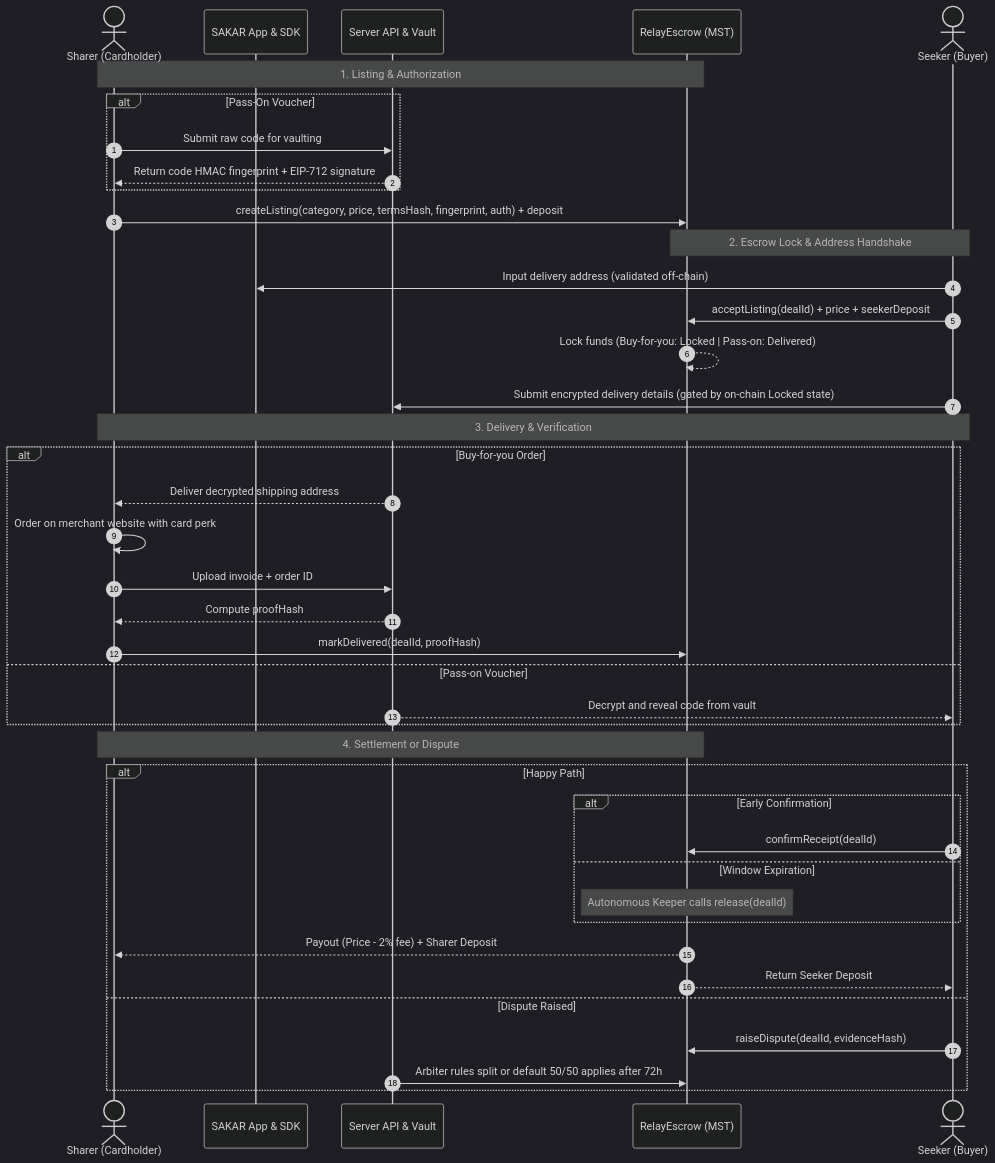
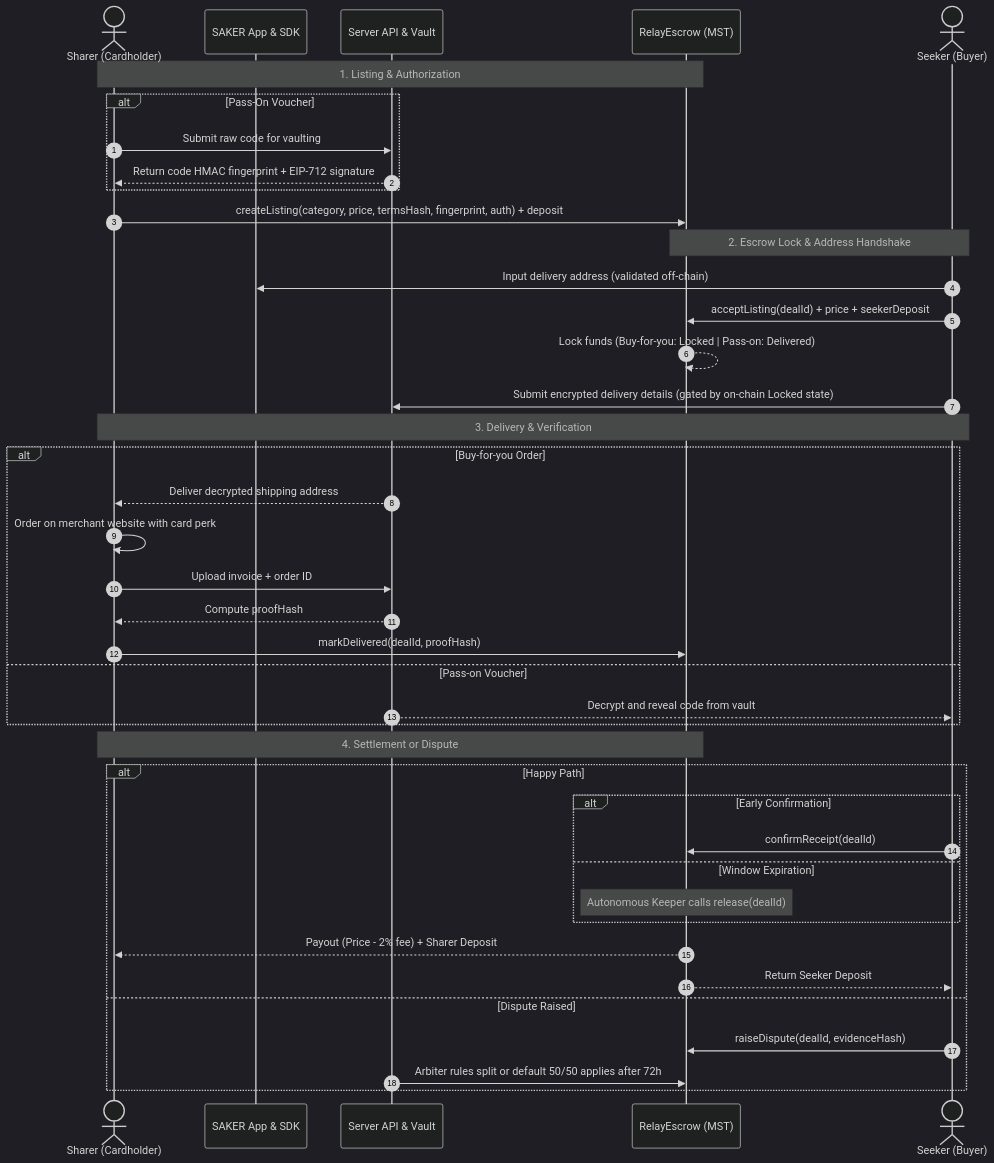
One commit to Atharvchaskar008/RewardRelay changed the first of 3 diagrams in README.md. Above: the diagram before and after it, drawn with Mermaid (dark theme). The commit also changed other lines of this file and 168 other files, not shown here.

Commit message:
Rename product from SAKAR to SAKER and add dashboard return arrow

````diff
--- a/README.md
+++ b/README.md
@@ -75,47 +75,47 @@
 ```mermaid
 sequenceDiagram
     autonumber
     actor Sharer as Sharer (Cardholder)
-    participant UI as SAKAR App & SDK
+    participant UI as SAKER App & SDK
     participant API as Server API & Vault
     participant Escrow as RelayEscrow (MST)
     actor Seeker as Seeker (Buyer)
 
     Note over Sharer,Escrow: 1. Listing & Authorization
     alt Pass-On Voucher
         Sharer->>API: Submit raw code for vaulting
         API-->>Sharer: Return code HMAC fingerprint + EIP-712 signature
     end
     Sharer->>Escrow: createListing(category, price, termsHash, fingerprint, auth) + deposit
 
     Note over Seeker,Escrow: 2. Escrow Lock & Address Handshake
     Seeker->>UI: Input delivery address (validated off-chain)
     Seeker->>Escrow: acceptListing(dealId) + price + seekerDeposit
     Escrow-->>Escrow: Lock funds (Buy-for-you: Locked | Pass-on: Delivered)
     Seeker->>API: Submit encrypted delivery details (gated by on-chain Locked state)
 
     Note over Sharer,Seeker: 3. Delivery & Verification
     alt Buy-for-you Order
         API-->>Sharer: Deliver decrypted shipping address
         Sharer->>Sharer: Order on merchant website with card perk
         Sharer->>API: Upload invoice + order ID
         API-->>Sharer: Compute proofHash
         Sharer->>Escrow: markDelivered(dealId, proofHash)
     else Pass-on Voucher
         API-->>Seeker: Decrypt and reveal code from vault
     end
 
     Note over Sharer,Escrow: 4. Settlement or Dispute
     alt Happy Path
         alt Early Confirmation
             Seeker->>Escrow: confirmReceipt(dealId)
         else Window Expiration
             Note over Escrow: Autonomous Keeper calls release(dealId)
         end
         Escrow-->>Sharer: Payout (Price - 2% fee) + Sharer Deposit
         Escrow-->>Seeker: Return Seeker Deposit
     else Dispute Raised
         Seeker->>Escrow: raiseDispute(dealId, evidenceHash)
         API->>Escrow: Arbiter rules split or default 50/50 applies after 72h
     end
 ```
````
